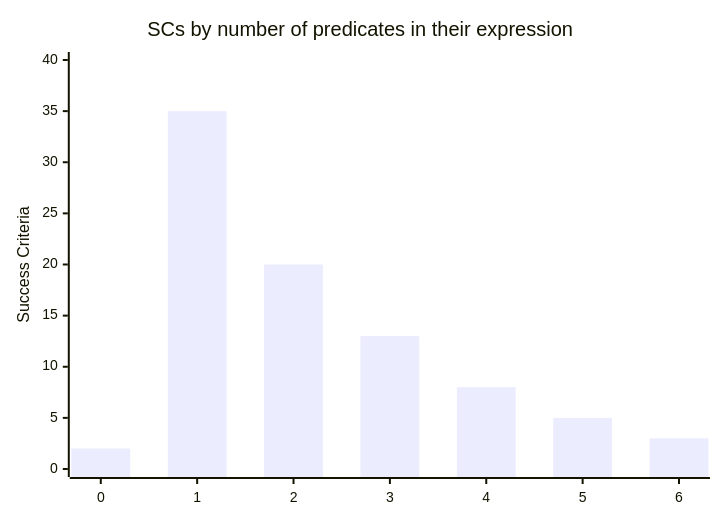
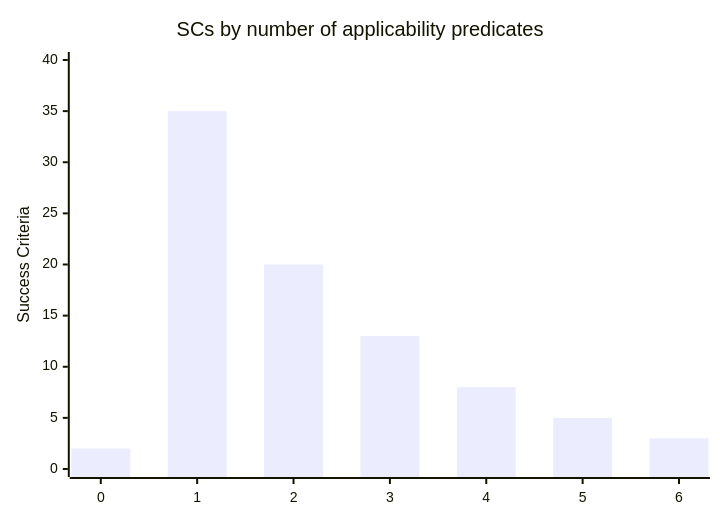
Before and after one commit to UN-ICC/a11y-assist: the second of 3 diagrams in docs/classifier.md, drawn with Mermaid. The commit also changed other lines of this file and 6 other files, not shown here.

````diff
--- a/docs/classifier.md
+++ b/docs/classifier.md
@@ -63,7 +62,7 @@
 ```mermaid
 xychart-beta
-    title "SCs by number of predicates in their expression"
+    title "SCs by number of applicability predicates"
     x-axis ["0", "1", "2", "3", "4", "5", "6"]
     y-axis "Success Criteria" 0 --> 40
     bar [2, 35, 20, 13, 8, 5, 3]
 ```
````
